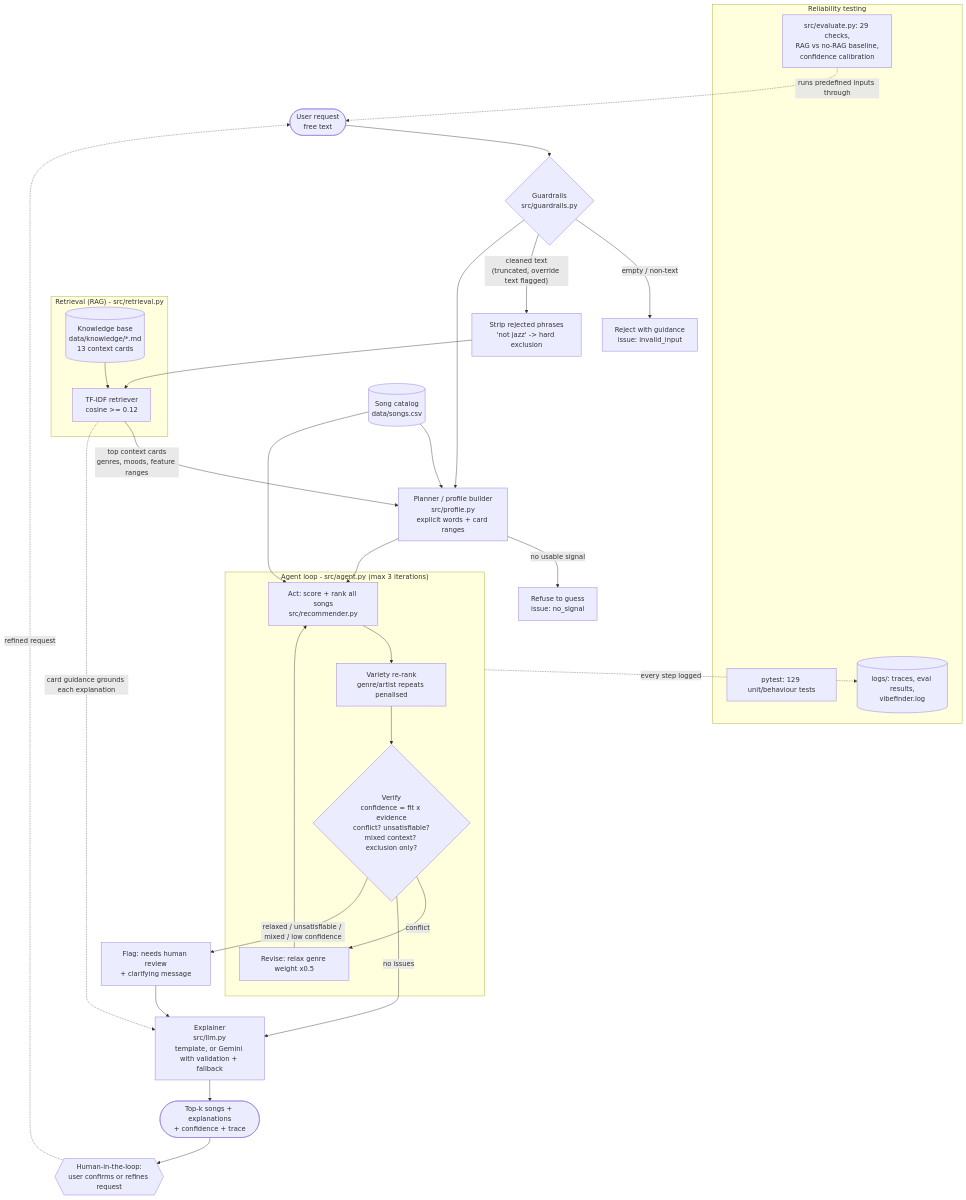
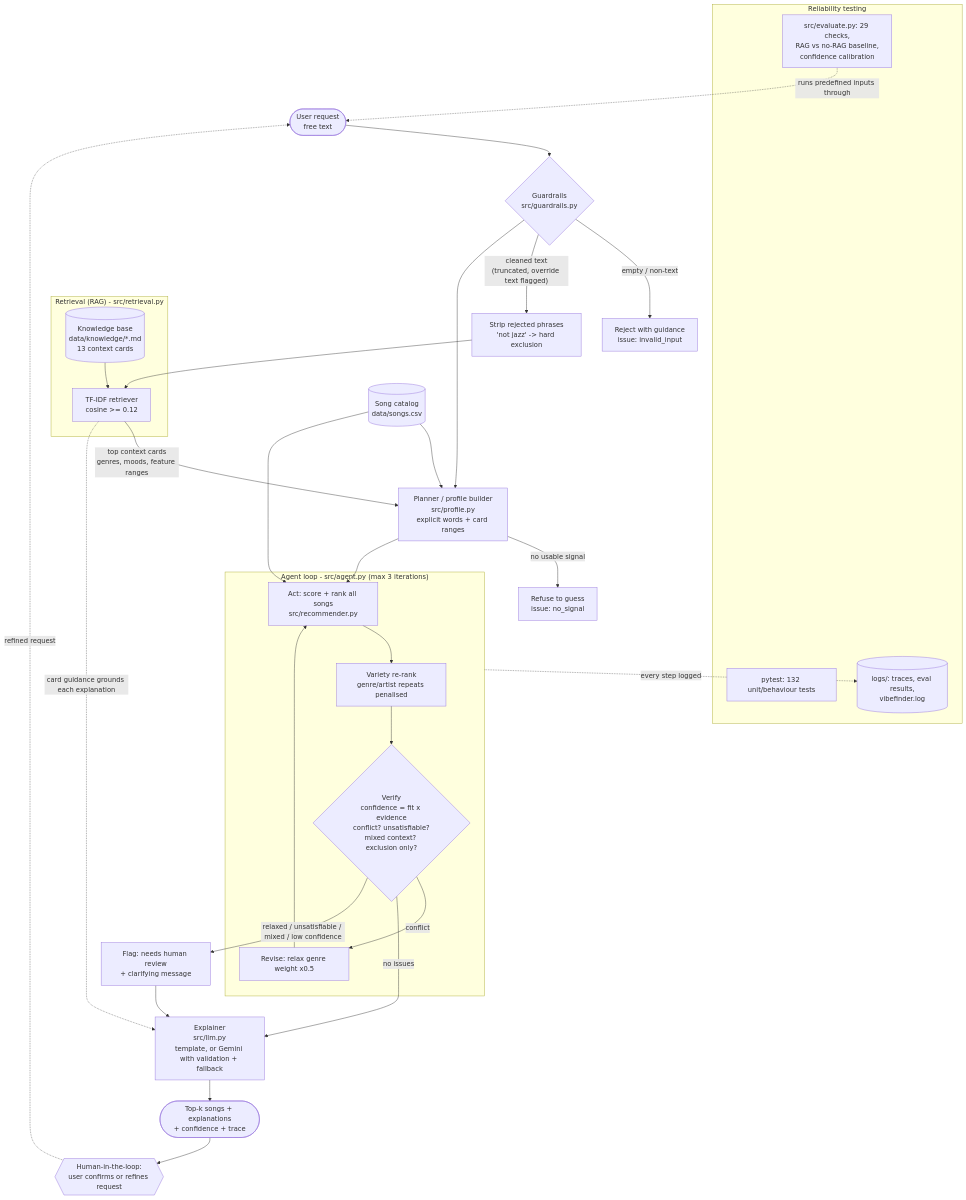
The diagram in diagrams/architecture.md (hassan47khan/applied-ai-system-project), drawn with Mermaid before and after one commit. The commit also changed 6 other files, not shown here.

````diff
--- a/diagrams/architecture.md
+++ b/diagrams/architecture.md
@@ -3,46 +3,46 @@
 ```mermaid
 flowchart TD
     U([User request<br/>free text]) --> G{Guardrails<br/>src/guardrails.py}
     G -- "empty / non-text" --> RJ[Reject with guidance<br/>issue: invalid_input]
     G -- "cleaned text<br/>(truncated, override text flagged)" --> NEG[Strip rejected phrases<br/>'not jazz' -> hard exclusion]
 
     subgraph RAG["Retrieval (RAG) - src/retrieval.py"]
         KB[(Knowledge base<br/>data/knowledge/*.md<br/>13 context cards)]
         R[TF-IDF retriever<br/>cosine >= 0.12]
         KB --> R
     end
     NEG --> R
 
     CAT[(Song catalog<br/>data/songs.csv)] --> P
     R -- "top context cards<br/>genres, moods, feature ranges" --> P[Planner / profile builder<br/>src/profile.py<br/>explicit words + card ranges]
     G --> P
 
     P -- "no usable signal" --> NS[Refuse to guess<br/>issue: no_signal]
 
     subgraph AGENT["Agent loop - src/agent.py (max 3 iterations)"]
         A[Act: score + rank all songs<br/>src/recommender.py]
         D[Variety re-rank<br/>genre/artist repeats penalised]
         V{Verify<br/>confidence = fit x evidence<br/>conflict? unsatisfiable?<br/>mixed context? exclusion only?}
         RV[Revise: relax genre weight x0.5]
         A --> D --> V
         V -- "conflict" --> RV --> A
     end
     P --> A
     CAT --> A
 
     V -- "no issues" --> E[Explainer<br/>src/llm.py<br/>template, or Gemini with validation + fallback]
     V -- "relaxed / unsatisfiable / mixed / low confidence" --> HR[Flag: needs human review<br/>+ clarifying message]
     HR --> E
     R -. "card guidance grounds each explanation" .-> E
     E --> OUT([Top-k songs + explanations<br/>+ confidence + trace])
     OUT --> H{{Human-in-the-loop:<br/>user confirms or refines request}}
     H -. "refined request" .-> U
 
     subgraph TESTING["Reliability testing"]
-        T1[pytest: 129 unit/behaviour tests]
+        T1[pytest: 132 unit/behaviour tests]
         T2[src/evaluate.py: 29 checks,<br/>RAG vs no-RAG baseline,<br/>confidence calibration]
         T3[(logs/: traces, eval results,<br/>vibefinder.log)]
     end
     AGENT -. "every step logged" .-> T3
     T2 -. "runs predefined inputs through" .-> U
 ```
````
